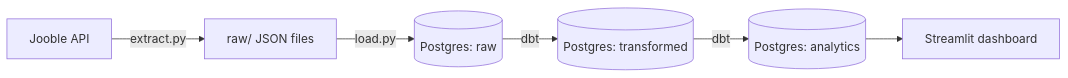
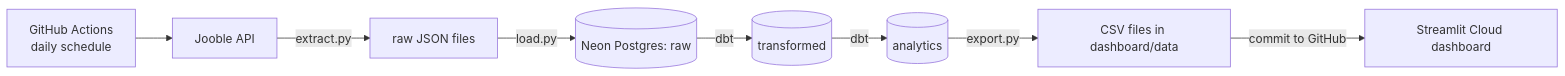
Before and after one commit to Thisizeru/Nigeria-job-market-tracker: the diagram in README.md, drawn with Mermaid. The commit also changed other lines of this file, not shown here.

````diff
--- a/README.md
+++ b/README.md
@@ -18,8 +28,10 @@
 ```mermaid
 flowchart LR
-    A[Jooble API] -->|extract.py| B[raw/ JSON files]
-    B -->|load.py| C[(Postgres: raw)]
-    C -->|dbt| D[(Postgres: transformed)]
-    D -->|dbt| E[(Postgres: analytics)]
-    E --> F[Streamlit dashboard]
+    S[GitHub Actions<br/>daily schedule] --> A
+    A[Jooble API] -->|extract.py| B[raw JSON files]
+    B -->|load.py| C[(Neon Postgres: raw)]
+    C -->|dbt| D[(transformed)]
+    D -->|dbt| E[(analytics)]
+    E -->|export.py| F[CSV files in dashboard/data]
+    F -->|commit to GitHub| G[Streamlit Cloud dashboard]
 ```
````
